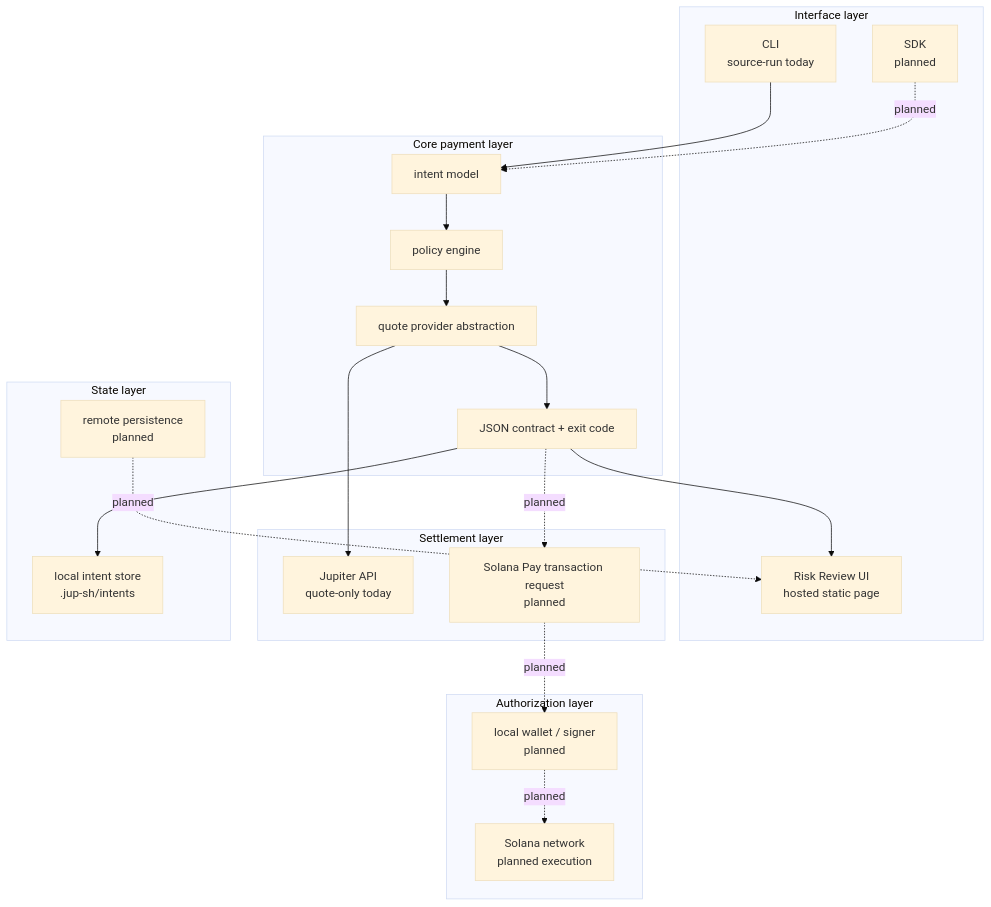
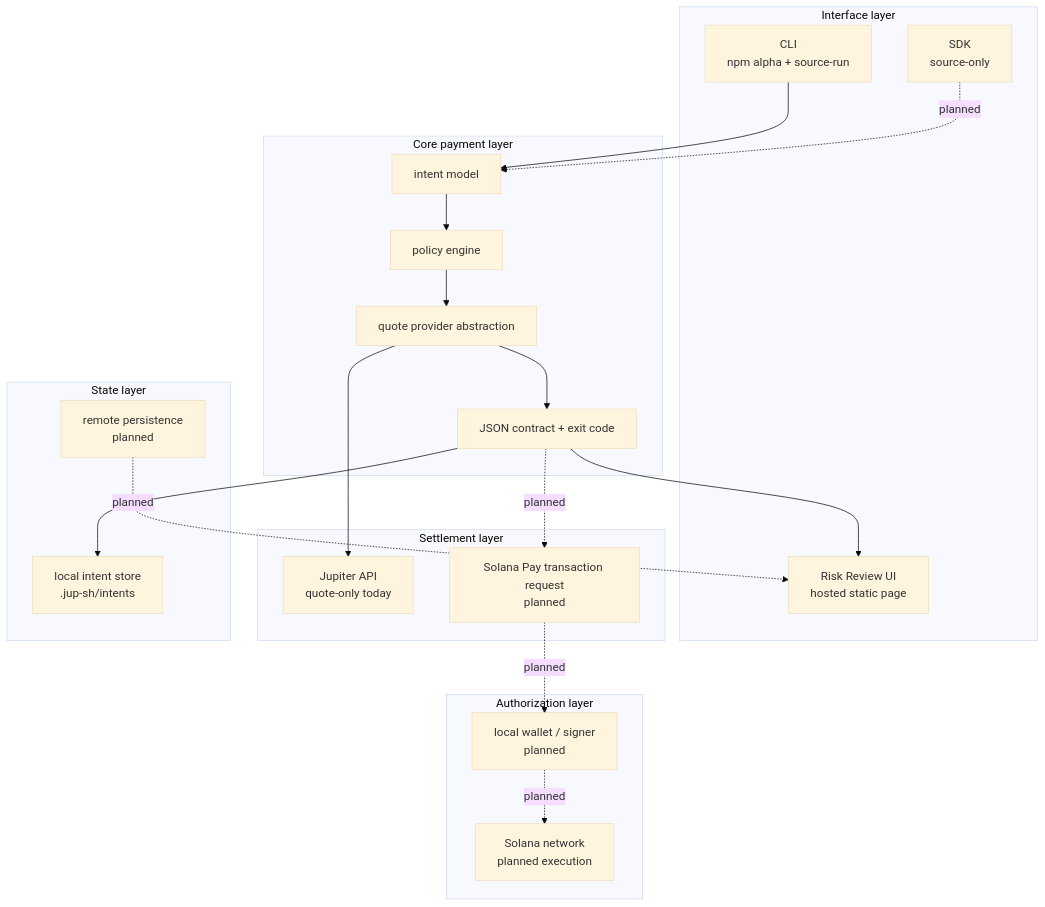
The second of 7 diagrams in docs/architecture.md (jerrywang33/jup-sh), drawn with Mermaid (base theme) before and after one commit. The commit also changed other lines of this file and 4 other files, not shown here.

Commit message:
docs: refresh npm alpha developer entry

````diff
--- a/docs/architecture.md
+++ b/docs/architecture.md
@@ -50,40 +50,40 @@
 ```mermaid
 flowchart TB
   subgraph Interface["Interface layer"]
-    CLI["CLI<br/>source-run today"]
-    SDK["SDK<br/>planned"]
+    CLI["CLI<br/>npm alpha + source-run"]
+    SDK["SDK<br/>source-only"]
     ReviewUI["Risk Review UI<br/>hosted static page"]
   end
 
   subgraph Core["Core payment layer"]
     Intent["intent model"]
     Policy["policy engine"]
     Quote["quote provider abstraction"]
     Result["JSON contract + exit code"]
   end
 
   subgraph Settlement["Settlement layer"]
     Jupiter["Jupiter API<br/>quote-only today"]
     TxRequest["Solana Pay transaction request<br/>planned"]
   end
 
   subgraph State["State layer"]
     LocalStore["local intent store<br/>.jup-sh/intents"]
     RemoteStore["remote persistence<br/>planned"]
   end
 
   subgraph Authorization["Authorization layer"]
     Wallet["local wallet / signer<br/>planned"]
     Solana["Solana network<br/>planned execution"]
   end
 
   CLI --> Intent
   SDK -. planned .-> Intent
   Intent --> Policy --> Quote --> Result
   Quote --> Jupiter
   Result --> LocalStore
   Result --> ReviewUI
   Result -. planned .-> TxRequest
   TxRequest -. planned .-> Wallet -. planned .-> Solana
   RemoteStore -. planned .-> ReviewUI
 ```
````
